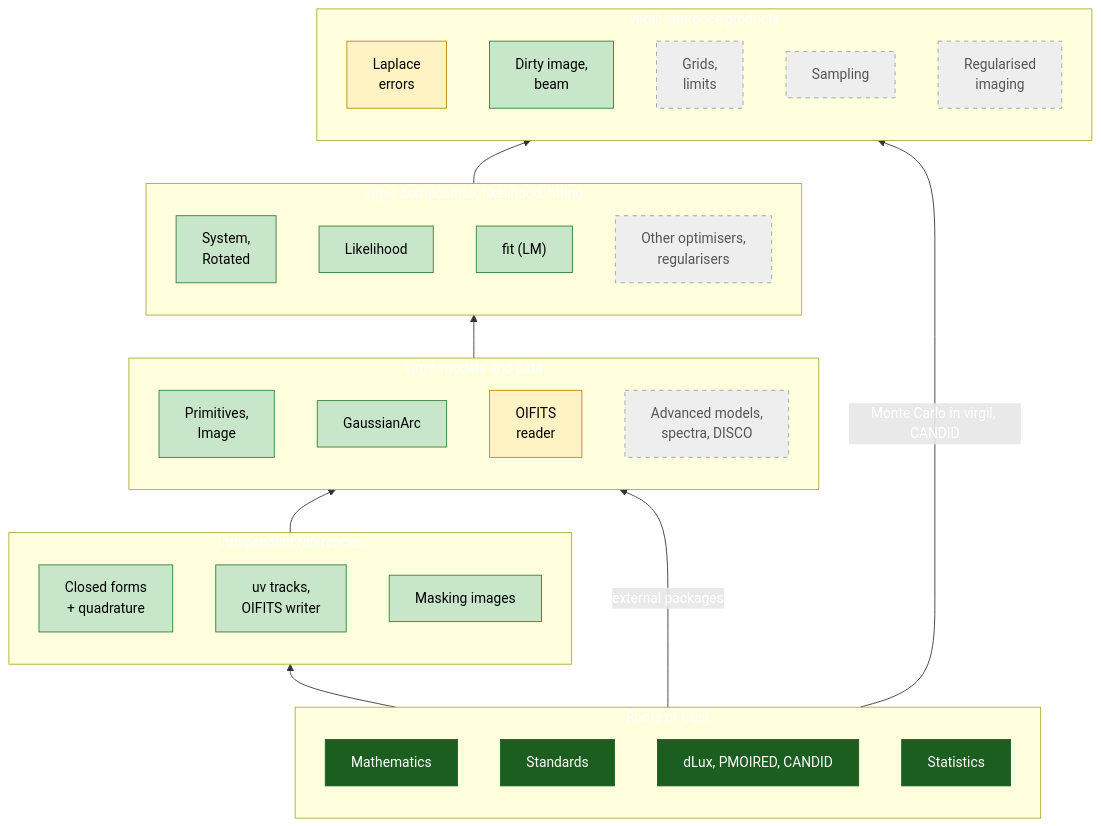
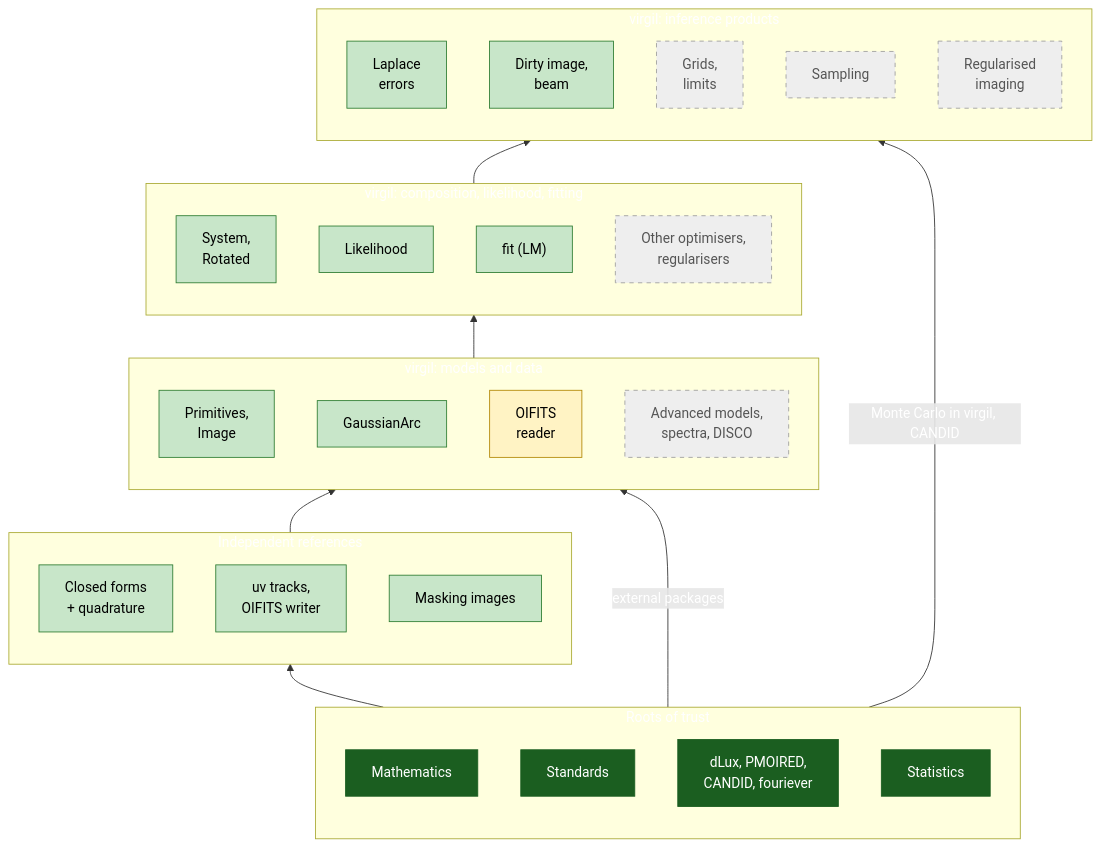
One commit to benjaminpope/virgil-validation changed the diagram in docs/design.md. Above: the diagram before and after it, drawn with Mermaid. The commit also changed other lines of this file and 15 other files, not shown here.

````diff
--- a/docs/design.md
+++ b/docs/design.md
@@ -91,49 +92,49 @@
 ```mermaid
 flowchart BT
     classDef root fill:#1b5e20,color:#fff,stroke:#1b5e20
     classDef done fill:#c8e6c9,stroke:#2e7d32,color:#000
     classDef part fill:#fff3c4,stroke:#b28704,color:#000
     classDef todo fill:#eeeeee,stroke:#9e9e9e,color:#555,stroke-dasharray: 5 5
 
     subgraph R["Roots of trust"]
         M["Mathematics"]:::root
         S["Standards"]:::root
-        X["dLux, PMOIRED, CANDID"]:::root
+        X["dLux, PMOIRED,<br/>CANDID, fouriever"]:::root
         Q["Statistics"]:::root
     end
 
     subgraph L1["Independent references"]
         CF["Closed forms<br/>+ quadrature"]:::done
         UV["uv tracks,<br/>OIFITS writer"]:::done
         NI["Masking images"]:::done
     end
 
     subgraph L2["virgil: models and data"]
         PR["Primitives,<br/>Image"]:::done
         AR["GaussianArc"]:::done
         RD["OIFITS<br/>reader"]:::part
         AD["Advanced models,<br/>spectra, DISCO"]:::todo
     end
 
     subgraph L3["virgil: composition, likelihood, fitting"]
         SY["System,<br/>Rotated"]:::done
         LK["Likelihood"]:::done
         FT["fit (LM)"]:::done
         FO["Other optimisers,<br/>regularisers"]:::todo
     end
 
     subgraph L4["virgil: inference products"]
-        UN["Laplace<br/>errors"]:::part
+        UN["Laplace<br/>errors"]:::done
         IG["Dirty image,<br/>beam"]:::done
         GR["Grids,<br/>limits"]:::todo
         HM["Sampling"]:::todo
         RI["Regularised<br/>imaging"]:::todo
     end
 
     R --> L1
     L1 --> L2
     R -- "external packages" --> L2
     L2 --> L3
     L3 --> L4
     R -- "Monte Carlo in virgil, CANDID" --> L4
 ```
````
